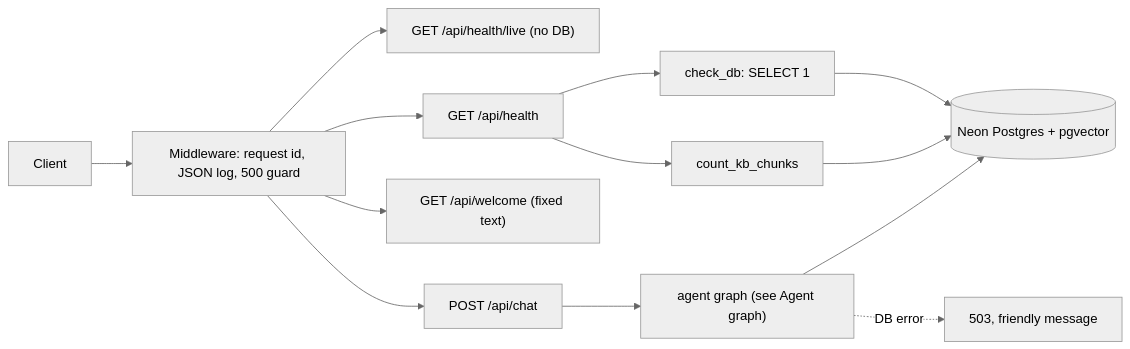
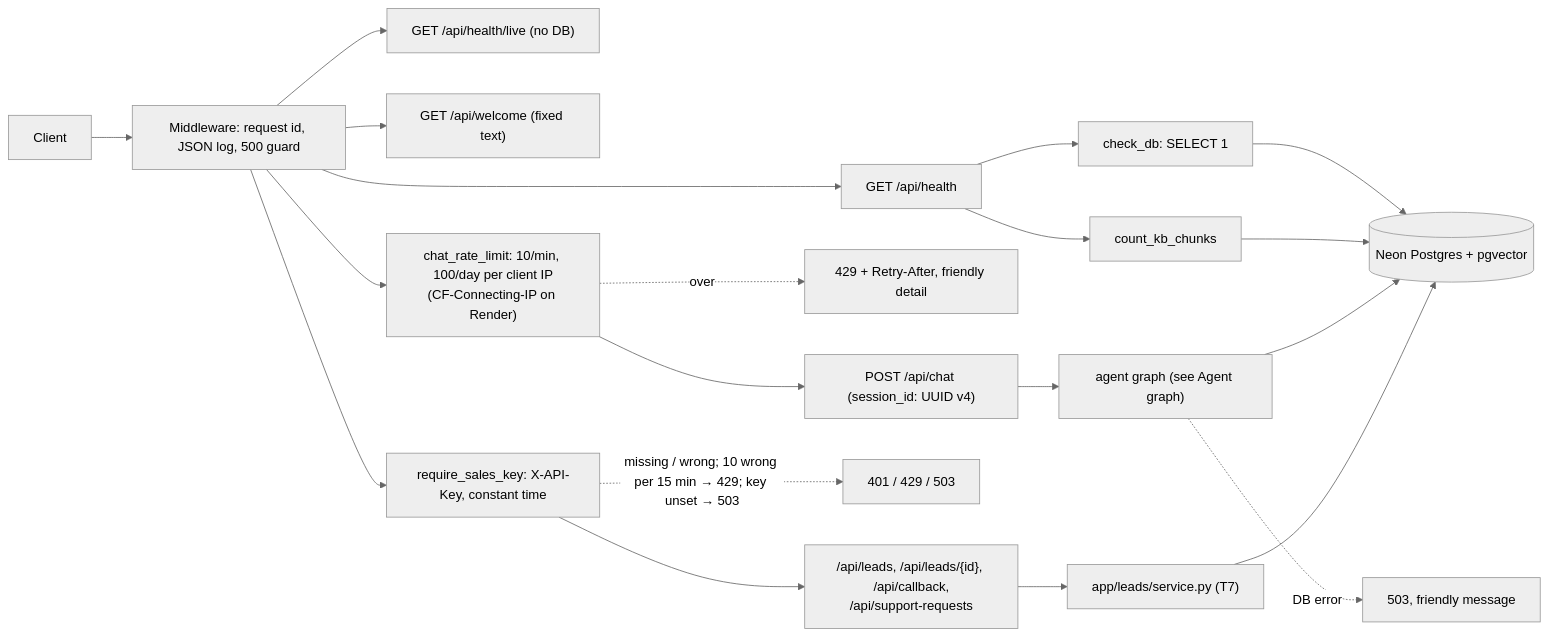
One commit to AdithyaChauhan/vantis-sales-agent changed the first of 8 diagrams in docs/ARCHITECTURE.md. Above: the diagram before and after it, drawn with Mermaid (neutral theme). The commit also changed other lines of this file and 24 other files, not shown here.

First line of the commit message:
feat(api): T9 sales API, API key, chat rate limit and safe client IP

````diff
--- a/docs/ARCHITECTURE.md
+++ b/docs/ARCHITECTURE.md
@@ -43,15 +46,22 @@
 ```mermaid
 flowchart LR
   client["Client"] --> mw["Middleware: request id, JSON log, 500 guard"]
   mw --> live["GET /api/health/live (no DB)"]
   mw --> health["GET /api/health"]
   health --> check["check_db: SELECT 1"]
   health --> count["count_kb_chunks"]
   check --> neon[("Neon Postgres + pgvector")]
   count --> neon
   mw --> welcome["GET /api/welcome (fixed text)"]
-  mw --> chat["POST /api/chat"]
+  mw --> limit["chat_rate_limit: 10/min, 100/day per client IP<br/>(CF-Connecting-IP on Render)"]
+  limit -.->|"over"| e429["429 + Retry-After, friendly detail"]
+  limit --> chat["POST /api/chat (session_id: UUID v4)"]
   chat --> agent["agent graph (see Agent graph)"]
   agent --> neon
   agent -.->|"DB error"| e503["503, friendly message"]
+  mw --> key["require_sales_key: X-API-Key, constant time"]
+  key -.->|"missing / wrong; 10 wrong per 15 min → 429; key unset → 503"| e401["401 / 429 / 503"]
+  key --> sales["/api/leads, /api/leads/{id}, /api/callback,<br/>/api/support-requests"]
+  sales --> service["app/leads/service.py (T7)"]
+  service --> neon
 ```
````
